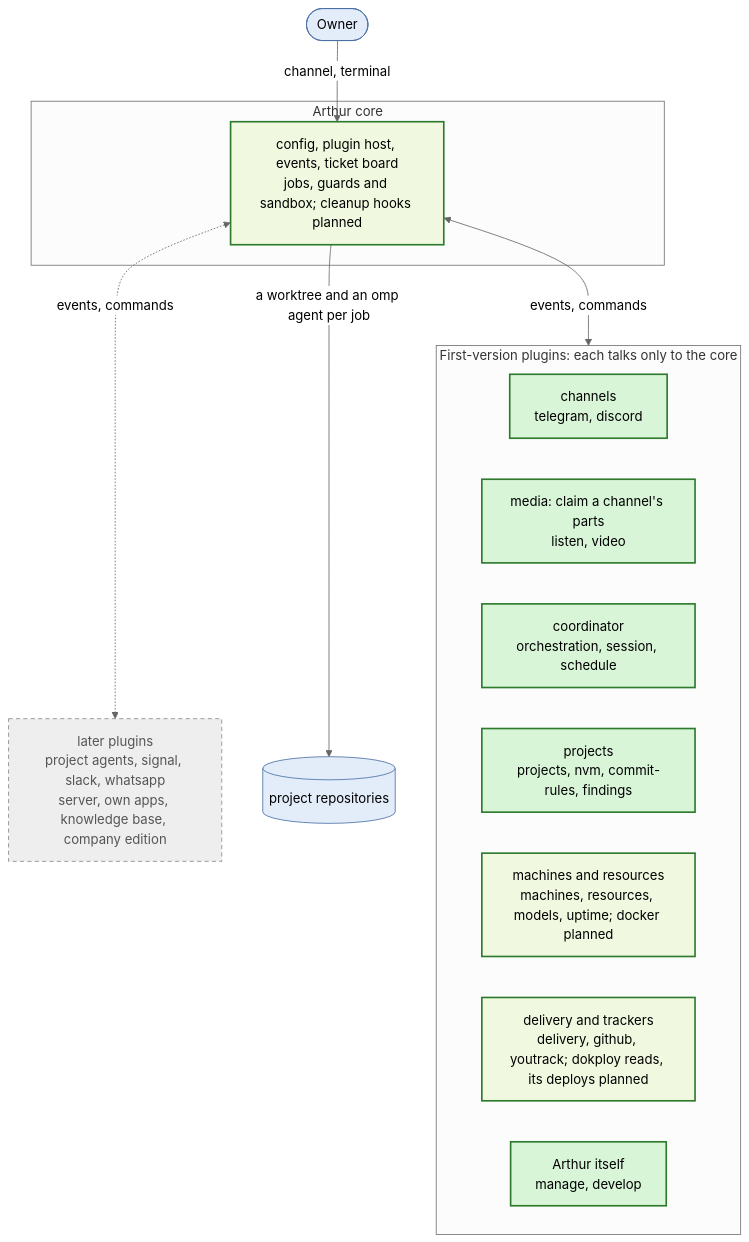
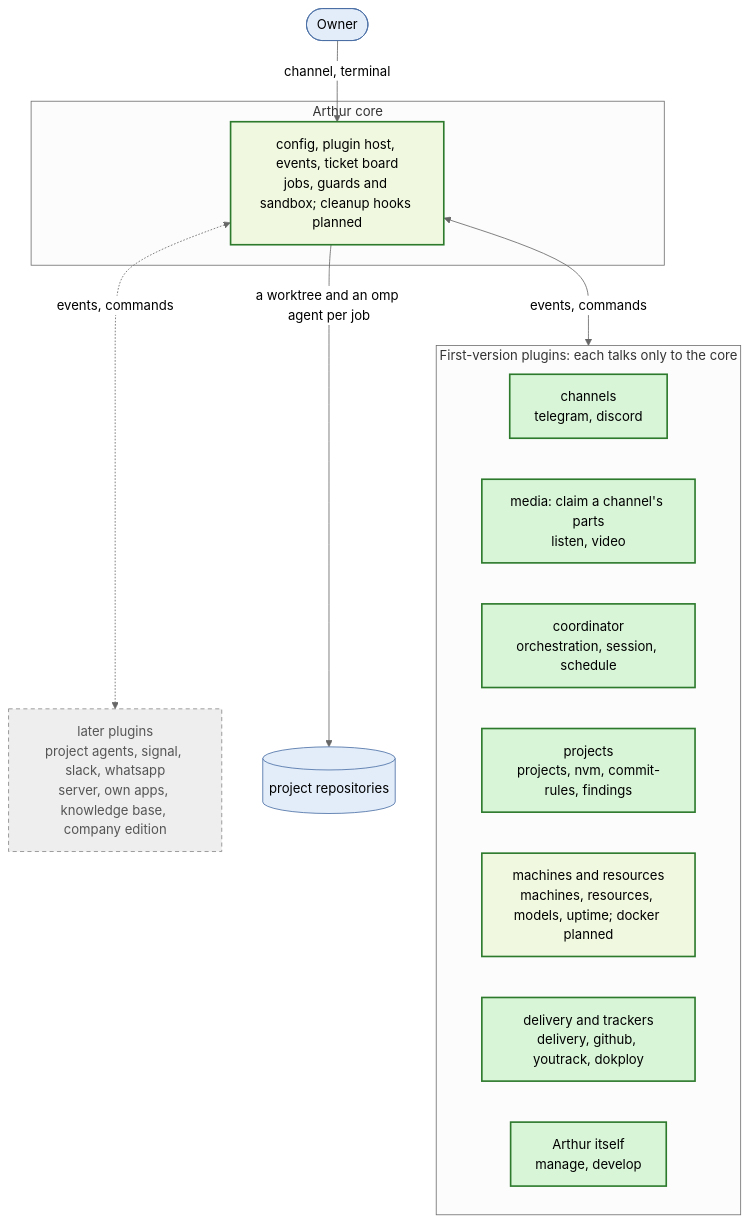
One commit to kacperadler/arthur changed the diagram in README.md. Above: the diagram before and after it, drawn with Mermaid (neutral theme). The commit also changed other lines of this file and 7 other files, not shown here.

Commit message:
docs(AR0603): dokploy upload and deploy in the role, README, roadmap

````diff
--- a/README.md
+++ b/README.md
@@ -59,28 +59,28 @@
 ```mermaid
 flowchart TD
   owner([Owner]) -->|channel, terminal| core
   subgraph CORE[Arthur core]
     core[config, plugin host, events, ticket board<br/>jobs, guards and sandbox; cleanup hooks planned]
   end
   subgraph FIRST[First-version plugins: each talks only to the core]
     chan[channels<br/>telegram, discord]
     media[media: claim a channel's parts<br/>listen, video]
     coord[coordinator<br/>orchestration, session, schedule]
     proj[projects<br/>projects, nvm, commit-rules, findings]
     res[machines and resources<br/>machines, resources, models, uptime; docker planned]
-    deliv[delivery and trackers<br/>delivery, github, youtrack; dokploy reads, its deploys planned]
+    deliv[delivery and trackers<br/>delivery, github, youtrack, dokploy]
     self[Arthur itself<br/>manage, develop]
   end
   later[later plugins<br/>project agents, signal, slack, whatsapp<br/>server, own apps, knowledge base, company edition]
   core <-->|events, commands| FIRST
   core <-.->|events, commands| later
   core -->|a worktree and an omp agent per job| repos[(project repositories)]
   classDef built fill:#d8f5d8,stroke:#2d7a2d,stroke-width:2px,color:#000;
   classDef partial fill:#f0f9e0,stroke:#2d7a2d,stroke-width:2px,color:#000;
   classDef planned fill:#eee,stroke:#888,stroke-dasharray:5 4,color:#555;
   classDef outside fill:#e3edfa,stroke:#4a6fa5,color:#000;
-  class coord,proj,self,media,chan built;
-  class core,res,deliv partial;
+  class coord,proj,self,media,chan,deliv built;
+  class core,res partial;
   class later planned;
   class owner,repos outside;
 ```
````
